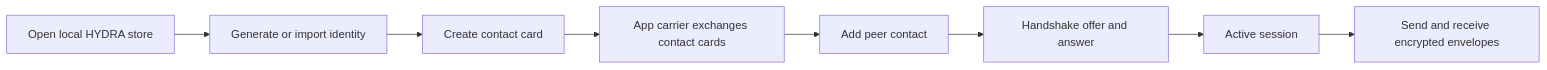
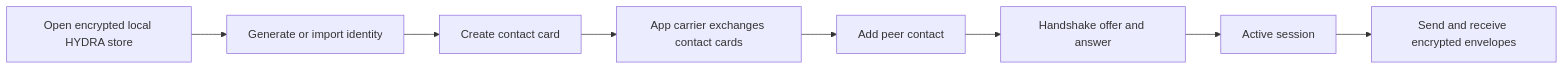
One commit to peavey2787/hydra-msg changed the first of 2 diagrams in docs/impl/message-flow/README.md. Above: the diagram before and after it, drawn with Mermaid. The commit also changed other lines of this file and 21 other files, not shown here.

Commit message:
Encrypt hydra-msg local state at rest

````diff
--- a/docs/impl/message-flow/README.md
+++ b/docs/impl/message-flow/README.md
@@ -31,10 +31,10 @@
 ```mermaid
 flowchart LR
-    A[Open local HYDRA store] --> B[Generate or import identity]
+    A[Open encrypted local HYDRA store] --> B[Generate or import identity]
     B --> C[Create contact card]
     C --> D[App carrier exchanges contact cards]
     D --> E[Add peer contact]
     E --> F[Handshake offer and answer]
     F --> G[Active session]
     G --> H[Send and receive encrypted envelopes]
 ```
````
